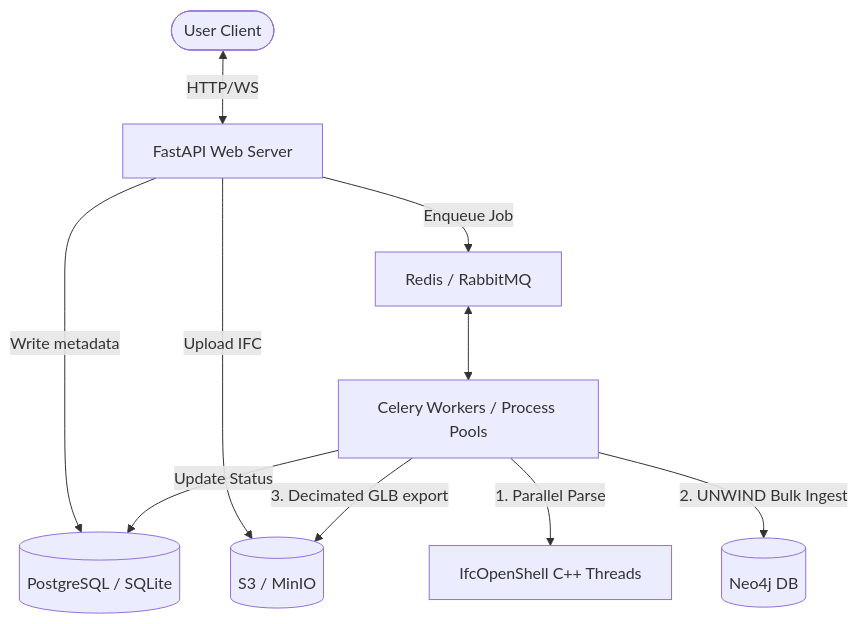
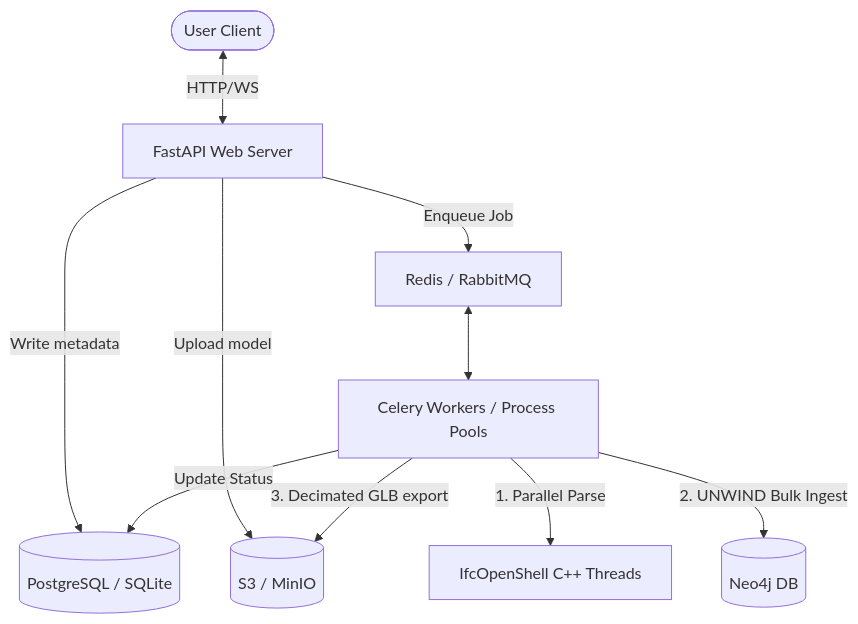
The second of 2 diagrams in bim_assistant/docs/proposed_architecture.md (Eitan007/CAD_IFC_agent), drawn with Mermaid before and after one commit. The commit also changed other lines of this file and 64 other files, not shown here.

````diff
--- a/bim_assistant/docs/proposed_architecture.md
+++ b/bim_assistant/docs/proposed_architecture.md
@@ -31,12 +31,12 @@
 ```mermaid
 graph TB
     Client([User Client]) <-->|HTTP/WS| API[FastAPI Web Server]
     API -->|Write metadata| RDB[(PostgreSQL / SQLite)]
-    API -->|Upload IFC| ObjectStore[(S3 / MinIO)]
+    API -->|Upload model| ObjectStore[(S3 / MinIO)]
     API -->|Enqueue Job| Broker[Redis / RabbitMQ]
     Broker <--> Celery[Celery Workers / Process Pools]
     Celery -->|1. Parallel Parse| Parse[IfcOpenShell C++ Threads]
     Celery -->|2. UNWIND Bulk Ingest| GraphDB[(Neo4j DB)]
     Celery -->|3. Decimated GLB export| ObjectStore
     Celery -->|Update Status| RDB
 ```
````
